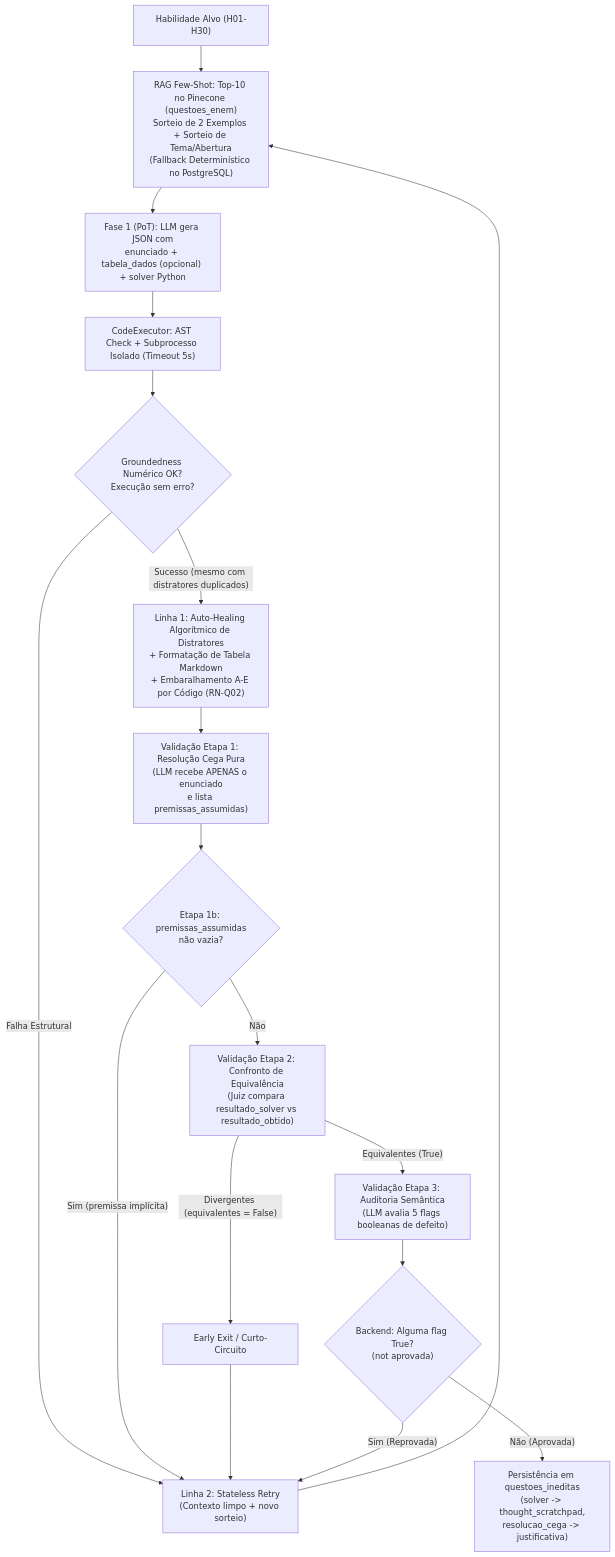
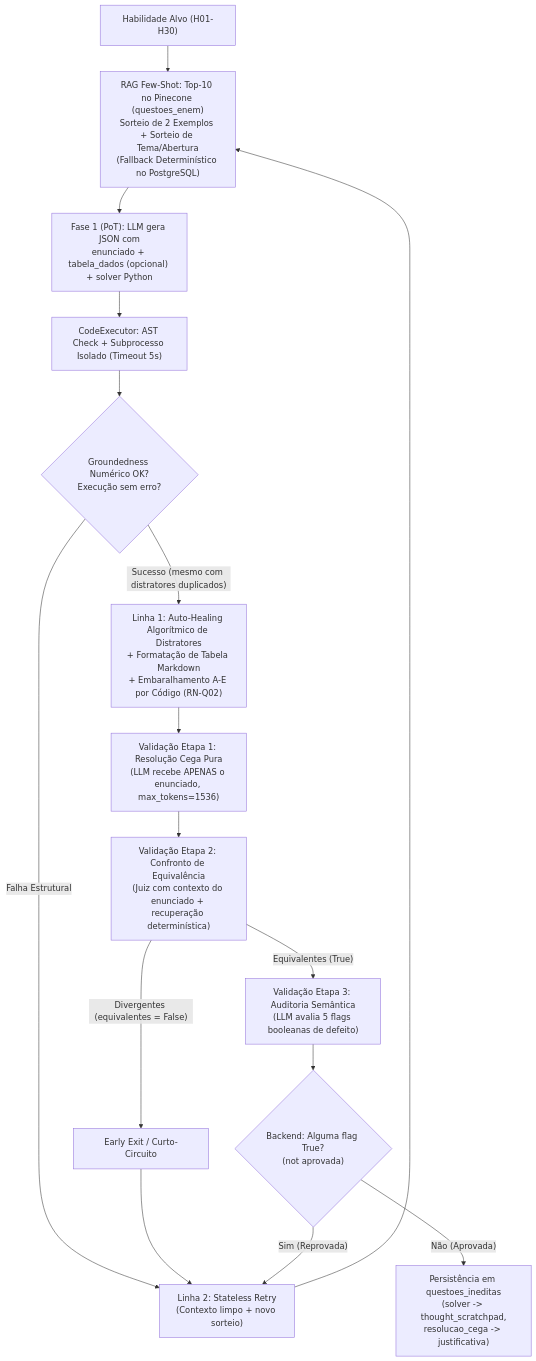
Before and after one commit to burnesz/vera: the diagram in docs/02-dominios-e-fluxos/geracao-questoes-pot.md, drawn with Mermaid. The commit also changed other lines of this file and 6 other files, not shown here.

Commit message:
refactor: simplify prompt instructions, update few-shot examples, and streamline question schemas and services

````diff
--- a/docs/02-dominios-e-fluxos/geracao-questoes-pot.md
+++ b/docs/02-dominios-e-fluxos/geracao-questoes-pot.md
@@ -28,20 +28,18 @@
 ```mermaid
 flowchart TD
     A["Habilidade Alvo (H01-H30)"] --> B["RAG Few-Shot: Top-10 no Pinecone (questoes_enem)\nSorteio de 2 Exemplos + Sorteio de Tema/Abertura\n(Fallback Determinístico no PostgreSQL)"]
     B --> C["Fase 1 (PoT): LLM gera JSON com\nenunciado + tabela_dados (opcional) + solver Python"]
     C --> D["CodeExecutor: AST Check + Subprocesso Isolado (Timeout 5s)"]
     D --> E{"Groundedness Numérico OK?\nExecução sem erro?"}
     E -- "Falha Estrutural" --> F["Linha 2: Stateless Retry\n(Contexto limpo + novo sorteio)"]
     F --> B
     E -- "Sucesso (mesmo com distratores duplicados)" --> G["Linha 1: Auto-Healing Algorítmico de Distratores\n+ Formatação de Tabela Markdown\n+ Embaralhamento A-E por Código (RN-Q02)"]
-    G --> H["Validação Etapa 1: Resolução Cega Pura\n(LLM recebe APENAS o enunciado\ne lista premissas_assumidas)"]
-    H --> H2{"Etapa 1b: premissas_assumidas\nnão vazia?"}
-    H2 -- "Sim (premissa implícita)" --> F
-    H2 -- "Não" --> I["Validação Etapa 2: Confronto de Equivalência\n(Juiz compara resultado_solver vs resultado_obtido)"]
+    G --> H["Validação Etapa 1: Resolução Cega Pura\n(LLM recebe APENAS o enunciado, max_tokens=1536)"]
+    H --> I["Validação Etapa 2: Confronto de Equivalência\n(Juiz com contexto do enunciado + recuperação determinística)"]
     I -- "Divergentes (equivalentes = False)" --> J["Early Exit / Curto-Circuito"]
     J --> F
     I -- "Equivalentes (True)" --> K["Validação Etapa 3: Auditoria Semântica\n(LLM avalia 5 flags booleanas de defeito)"]
     K --> L{"Backend: Alguma flag True?\n(not aprovada)"}
     L -- "Sim (Reprovada)" --> F
     L -- "Não (Aprovada)" --> M["Persistência em questoes_ineditas\n(solver -> thought_scratchpad,\nresolucao_cega -> justificativa)"]
 ```
````
